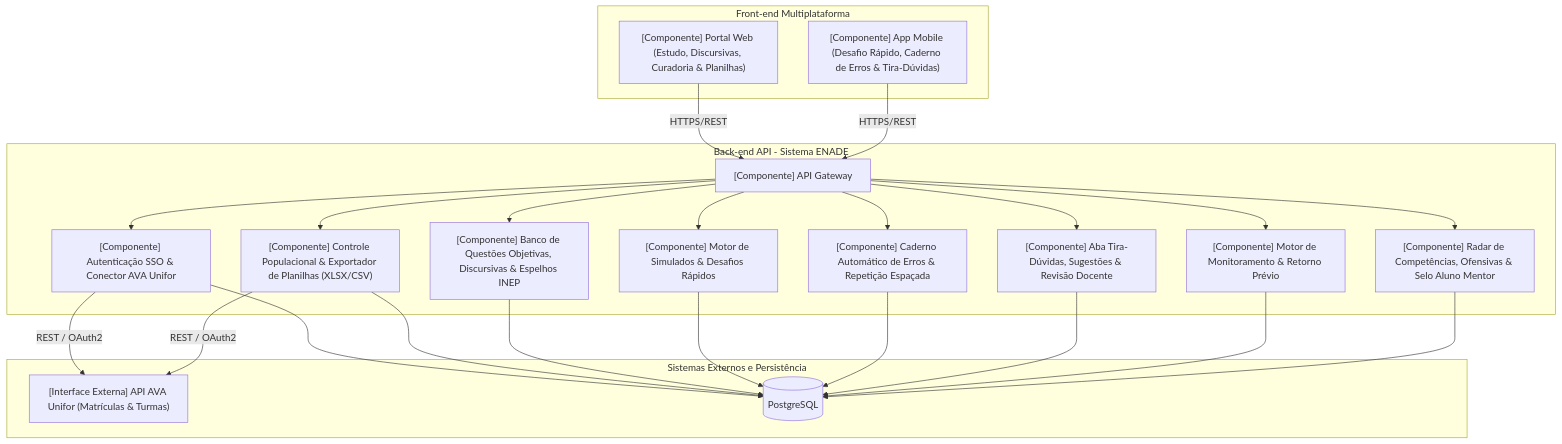
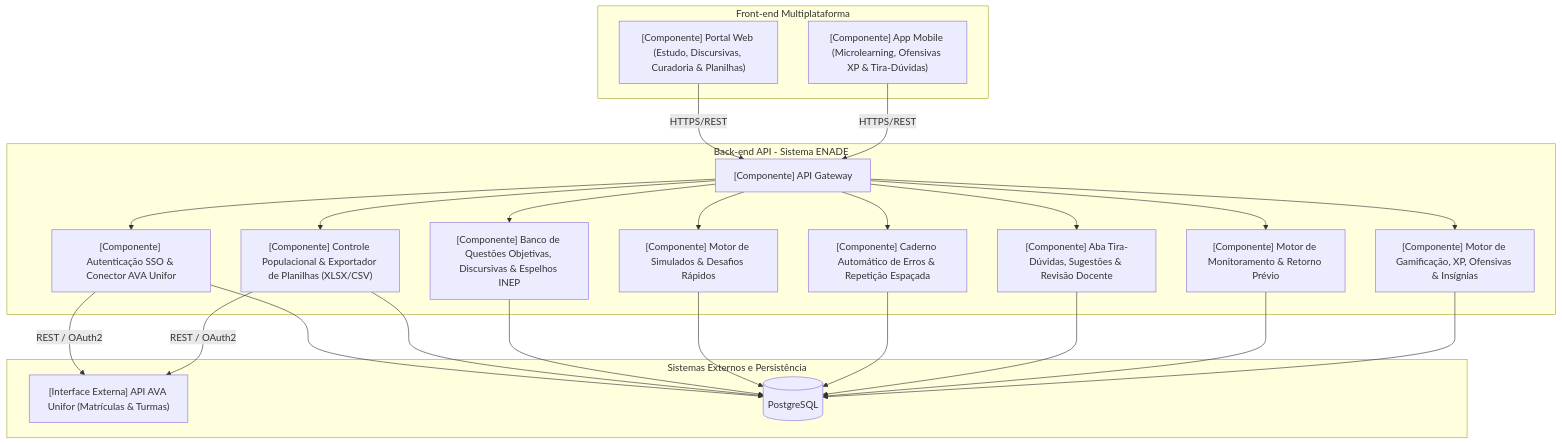
One commit to joaohgabriell/sistema-apoio-enade-unifor changed the second of 3 diagrams in README.md. Above: the diagram before and after it, drawn with Mermaid. The commit also changed other lines of this file, not shown here.

Commit message:
feat: reintegra gamificacao via XP, ofensivas streaks, radar de competencias e insignia aluno mentor

```diff
--- a/README.md
+++ b/README.md
@@ -152,27 +152,27 @@
 ~~~mermaid
 flowchart TB
     subgraph Front-end Multiplataforma
         Web["[Componente] Portal Web (Estudo, Discursivas, Curadoria & Planilhas)"]
-        Mob["[Componente] App Mobile (Desafio Rápido, Caderno de Erros & Tira-Dúvidas)"]
+        Mob["[Componente] App Mobile (Microlearning, Ofensivas XP & Tira-Dúvidas)"]
     end
     subgraph Back-end API - Sistema ENADE
         API["[Componente] API Gateway"]
         Auth["[Componente] Autenticação SSO & Conector AVA Unifor"]
         PopCtrl["[Componente] Controle Populacional & Exportador de Planilhas (XLSX/CSV)"]
         BancoQ["[Componente] Banco de Questões Objetivas, Discursivas & Espelhos INEP"]
         Sim["[Componente] Motor de Simulados & Desafios Rápidos"]
         CadErros["[Componente] Caderno Automático de Erros & Repetição Espaçada"]
         TiraDuvidas["[Componente] Aba Tira-Dúvidas, Sugestões & Revisão Docente"]
         Monit["[Componente] Motor de Monitoramento & Retorno Prévio"]
-        Engaj["[Componente] Radar de Competências, Ofensivas & Selo Aluno Mentor"]
+        Gamif["[Componente] Motor de Gamificação, XP, Ofensivas & Insígnias"]
     end
     subgraph Sistemas Externos e Persistência
         AVA_API["[Interface Externa] API AVA Unifor (Matrículas & Turmas)"]
         DB[("PostgreSQL")]
     end
 
     Web & Mob -->|HTTPS/REST| API
-    API --> Auth & PopCtrl & BancoQ & Sim & CadErros & TiraDuvidas & Monit & Engaj
+    API --> Auth & PopCtrl & BancoQ & Sim & CadErros & TiraDuvidas & Monit & Gamif
     Auth & PopCtrl -->|REST / OAuth2| AVA_API
-    Auth & PopCtrl & BancoQ & Sim & CadErros & TiraDuvidas & Monit & Engaj --> DB
+    Auth & PopCtrl & BancoQ & Sim & CadErros & TiraDuvidas & Monit & Gamif --> DB
 ~~~
```
